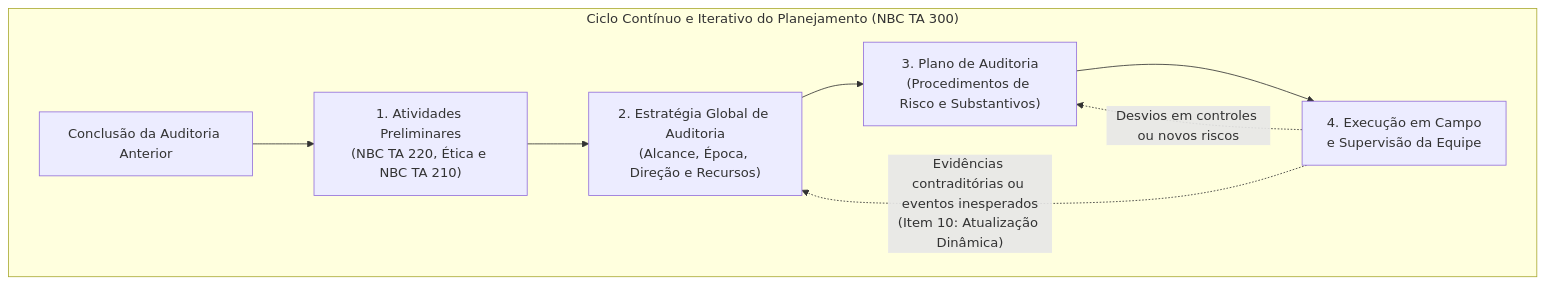
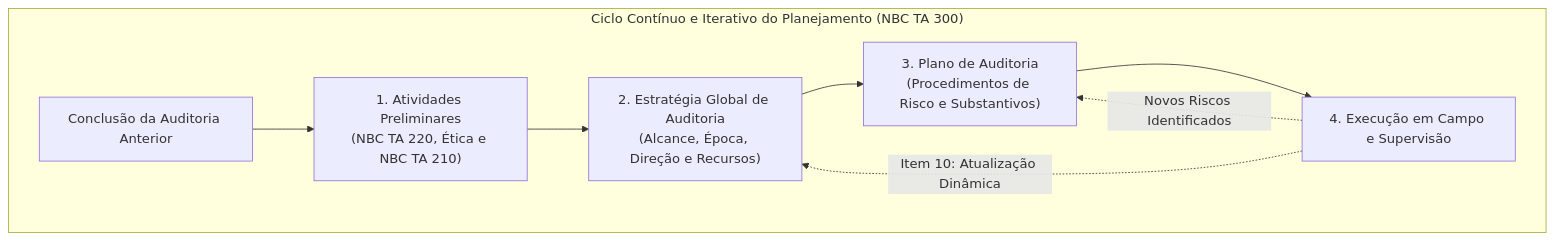
The third of 6 diagrams in docs/19-auditoria/03-ciclo-operacional-auditoria-independente/01-planejamento-e-documentacao-nbc-ta-300-230.md (gilsonnogueira/OpenConcursos), drawn with Mermaid before and after one commit. The commit also changed other lines of this file and 17 other files, not shown here.

Commit message:
style(diagrams): verticaliza todos os diagramas Mermaid para legibilidade em painel vertical

````diff
--- a/docs/19-auditoria/03-ciclo-operacional-auditoria-independente/01-planejamento-e-documentacao-nbc-ta-300-230.md
+++ b/docs/19-auditoria/03-ciclo-operacional-auditoria-independente/01-planejamento-e-documentacao-nbc-ta-300-230.md
@@ -180,12 +180,17 @@
 ```mermaid
-flowchart LR
+flowchart TD
     subgraph CICLO["Ciclo Contínuo e Iterativo do Planejamento (NBC TA 300)"]
-        direction LR
-        CONC["Conclusão da Auditoria Anterior"] --> ATIV["1. Atividades Preliminares<br/>(NBC TA 220, Ética e NBC TA 210)"]
-        ATIV --> EG["2. Estratégia Global de Auditoria<br/>(Alcance, Época, Direção e Recursos)"]
-        EG --> PA["3. Plano de Auditoria<br/>(Procedimentos de Risco e Substantivos)"]
-        PA --> EXEC["4. Execução em Campo<br/>e Supervisão da Equipe"]
-        EXEC -.->|"Evidências contraditórias ou eventos inesperados<br/>(Item 10: Atualização Dinâmica)"| EG
-        EXEC -.->|"Desvios em controles ou novos riscos"| PA
+        CONC["Conclusão da Auditoria Anterior"]
+        ATIV["1. Atividades Preliminares<br/>(NBC TA 220, Ética e NBC TA 210)"]
+        EG["2. Estratégia Global de Auditoria<br/>(Alcance, Época, Direção e Recursos)"]
+        PA["3. Plano de Auditoria<br/>(Procedimentos de Risco e Substantivos)"]
+        EXEC["4. Execução em Campo e Supervisão"]
+
+        CONC --> ATIV
+        ATIV --> EG
+        EG --> PA
+        PA --> EXEC
+        EXEC -.->|"Item 10: Atualização Dinâmica"| EG
+        EXEC -.->|"Novos Riscos Identificados"| PA
     end
 ```
````
